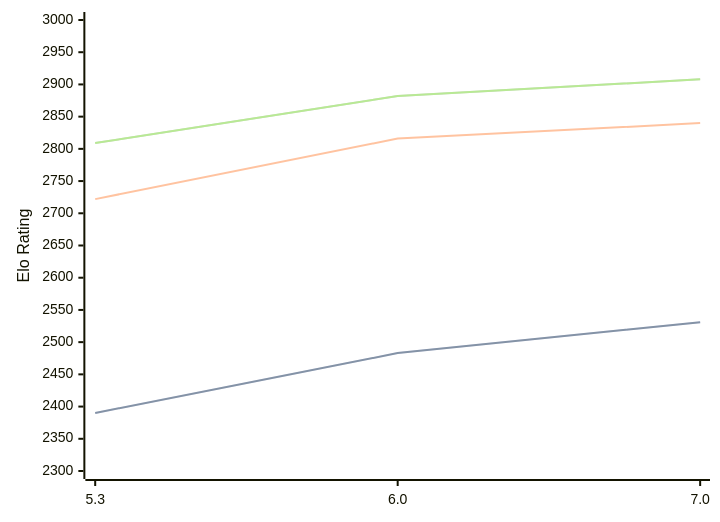
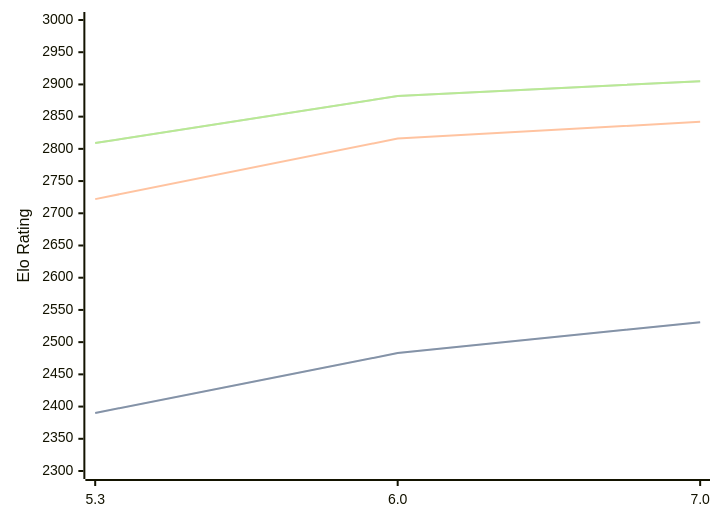
One commit to computer-chess-index/cci changed the diagram in engines/tomitankChess.md. Above: the diagram before and after it, drawn with Mermaid. The commit also changed other lines of this file, not shown here.

Commit message:
Update CCI Ratings (ELO VLTC) - 2026-09-10

````diff
--- a/engines/tomitankChess.md
+++ b/engines/tomitankChess.md
@@ -33,11 +33,11 @@
 ```mermaid
 %%{init: {"theme":"base","themeVariables":{"seriesColors:['#a3a3a3','#222221','#faa371']}}}%%
 xychart-beta
   x-axis ["5.3", "6.0", "7.0"]
   y-axis "Elo Rating" 2300 --> 3000
   line "" [2390, 2483, 2531]
   line "STC (8.0+0.08s)" [2390, 2483, 2531]
-  line "LTC (60.0+0.60s)" [2722, 2816, 2840]
-  line "" [2809, 2882, 2908]
-  line "VLTC (2m24s+1.12s)" [2809, 2882, 2908]
+  line "LTC (60.0+0.60s)" [2722, 2816, 2842]
+  line "" [2809, 2882, 2905]
+  line "VLTC (2m24s+1.12s)" [2809, 2882, 2905]
 ```
````
